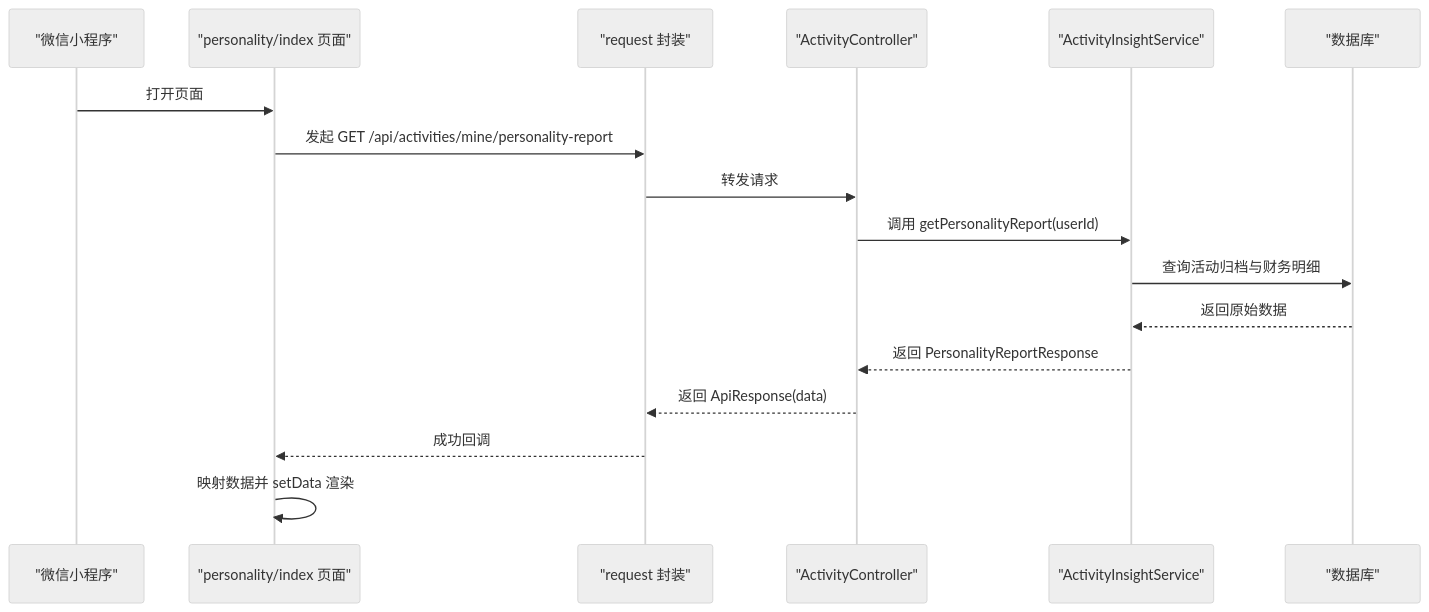
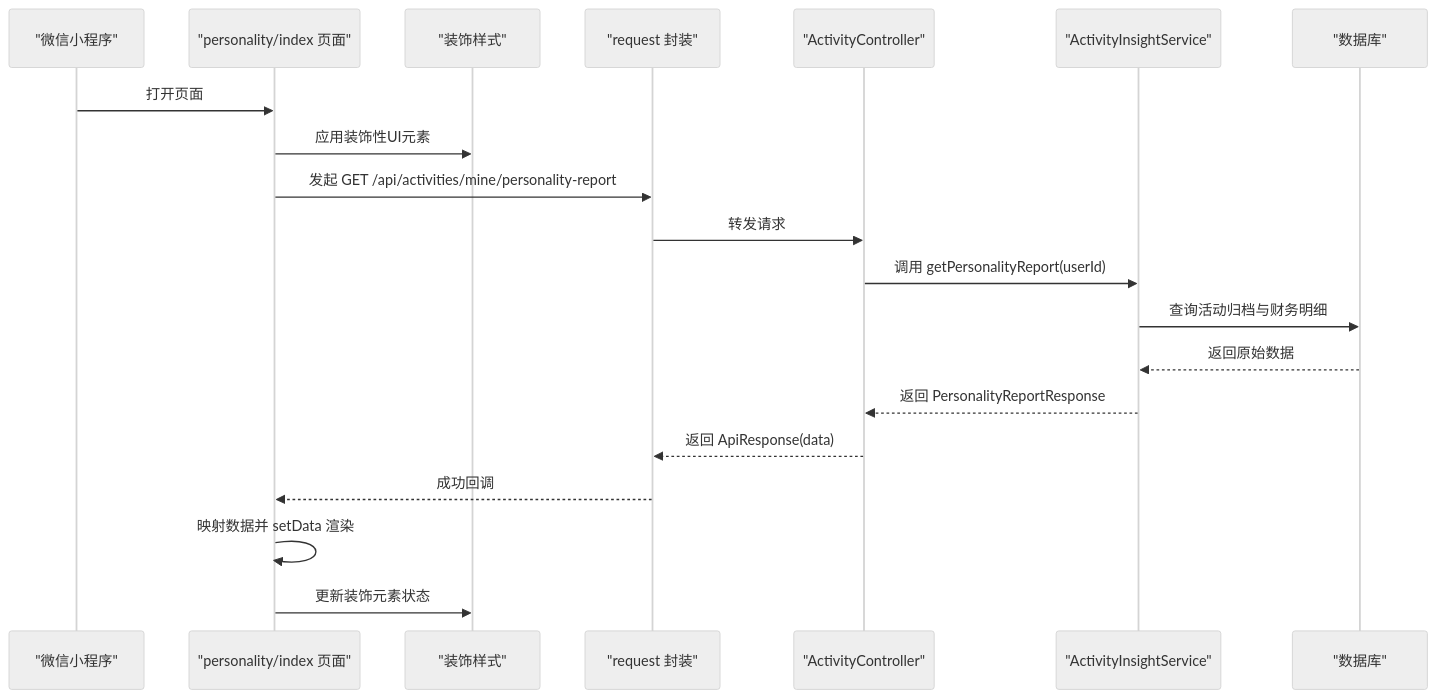
Before and after one commit to cwxiao/zugeju: the second of 8 diagrams in .qoder/repowiki/zh/content/前端开发/页面组件开发/个人画像页面开发.md, drawn with Mermaid (neutral theme). The commit also changed other lines of this file and 39 other files, not shown here.

First line of the commit message:
前端优化：压缩UI装饰图至38KB + 精简各页面冗余文案

````diff
--- a/.qoder/repowiki/zh/content/前端开发/页面组件开发/个人画像页面开发.md
+++ b/.qoder/repowiki/zh/content/前端开发/页面组件开发/个人画像页面开发.md
@@ -104,19 +131,22 @@
 ```mermaid
 sequenceDiagram
 participant WX as "微信小程序"
 participant Page as "personality/index 页面"
+participant Styles as "装饰样式"
 participant Req as "request 封装"
 participant Ctrl as "ActivityController"
 participant Svc as "ActivityInsightService"
 participant DB as "数据库"
 WX->>Page : 打开页面
+Page->>Styles : 应用装饰性UI元素
 Page->>Req : 发起 GET /api/activities/mine/personality-report
 Req->>Ctrl : 转发请求
 Ctrl->>Svc : 调用 getPersonalityReport(userId)
 Svc->>DB : 查询活动归档与财务明细
 DB-->>Svc : 返回原始数据
 Svc-->>Ctrl : 返回 PersonalityReportResponse
 Ctrl-->>Req : 返回 ApiResponse(data)
 Req-->>Page : 成功回调
 Page->>Page : 映射数据并 setData 渲染
+Page->>Styles : 更新装饰元素状态
 ```
````
